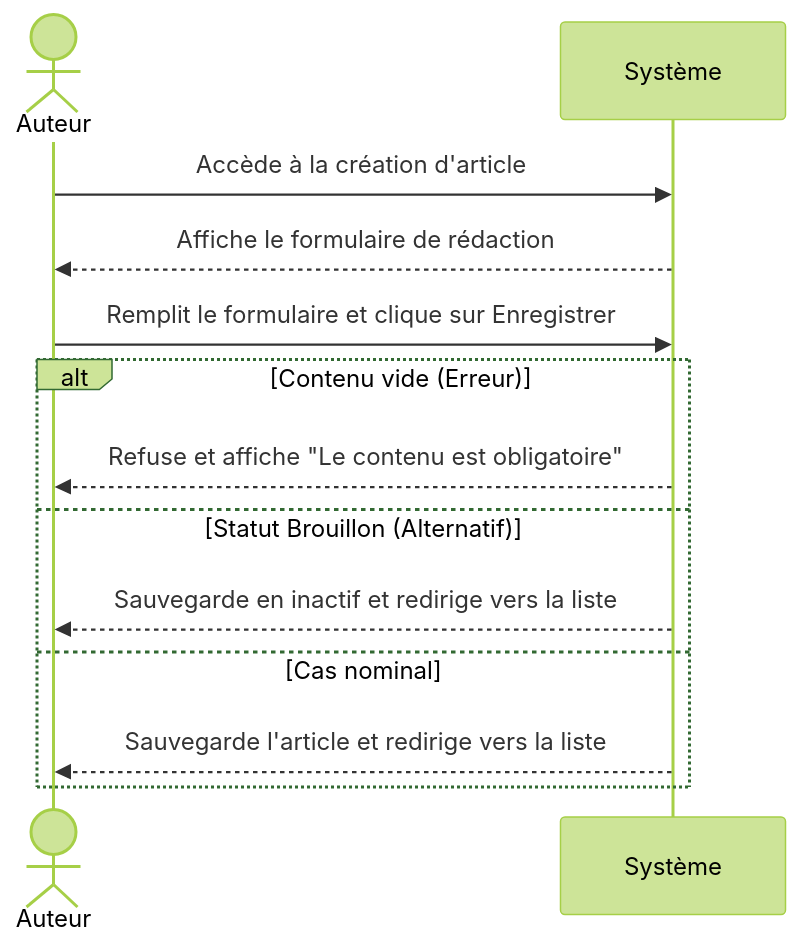
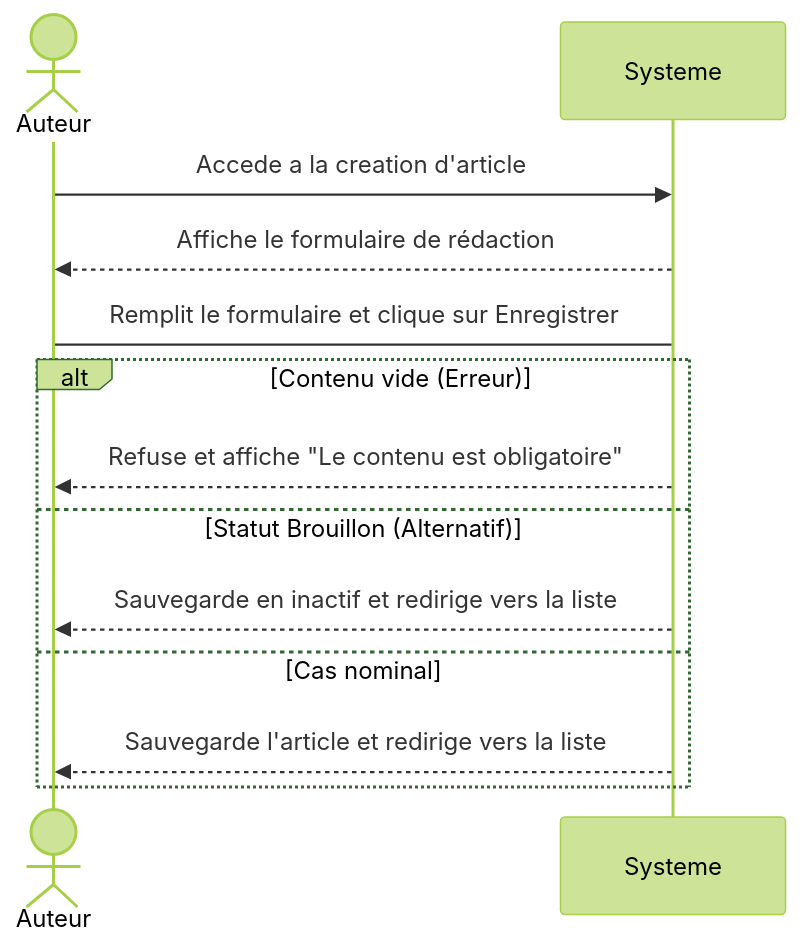
Before and after one commit to Oussama-Ech-charef/Mobile_Tuto: the diagram in Formaliser une fonctionnalité/Compléter et vérifier la fonctionnalité/scenario_complet.mmd, drawn with Mermaid (forest theme). The commit also changed 1 other file, not shown here.

```diff
--- a/Formaliser une fonctionnalité/Compléter et vérifier la fonctionnalité/scenario_complet.mmd
+++ b/Formaliser une fonctionnalité/Compléter et vérifier la fonctionnalité/scenario_complet.mmd
@@ -1,15 +1,16 @@
+
 sequenceDiagram
     actor Auteur
-    participant Système
+    participant Systeme
 
-    Auteur->>Système: Accède à la création d'article
-    Système-->>Auteur: Affiche le formulaire de rédaction
-    Auteur->>Système: Remplit le formulaire et clique sur Enregistrer
+    Auteur->>Systeme: Accede a la creation d'article
+    Systeme-->>Auteur: Affiche le formulaire de rédaction
+    Auteur->Systeme: Remplit le formulaire et clique sur Enregistrer
 
     alt Contenu vide (Erreur)
-        Système-->>Auteur: Refuse et affiche "Le contenu est obligatoire"
+        Systeme-->>Auteur: Refuse et affiche "Le contenu est obligatoire"
     else Statut Brouillon (Alternatif)
-        Système-->>Auteur: Sauvegarde en inactif et redirige vers la liste
+        Systeme-->>Auteur: Sauvegarde en inactif et redirige vers la liste
     else Cas nominal
-        Système-->>Auteur: Sauvegarde l'article et redirige vers la liste
+        Systeme-->>Auteur: Sauvegarde l'article et redirige vers la liste
     end
```
